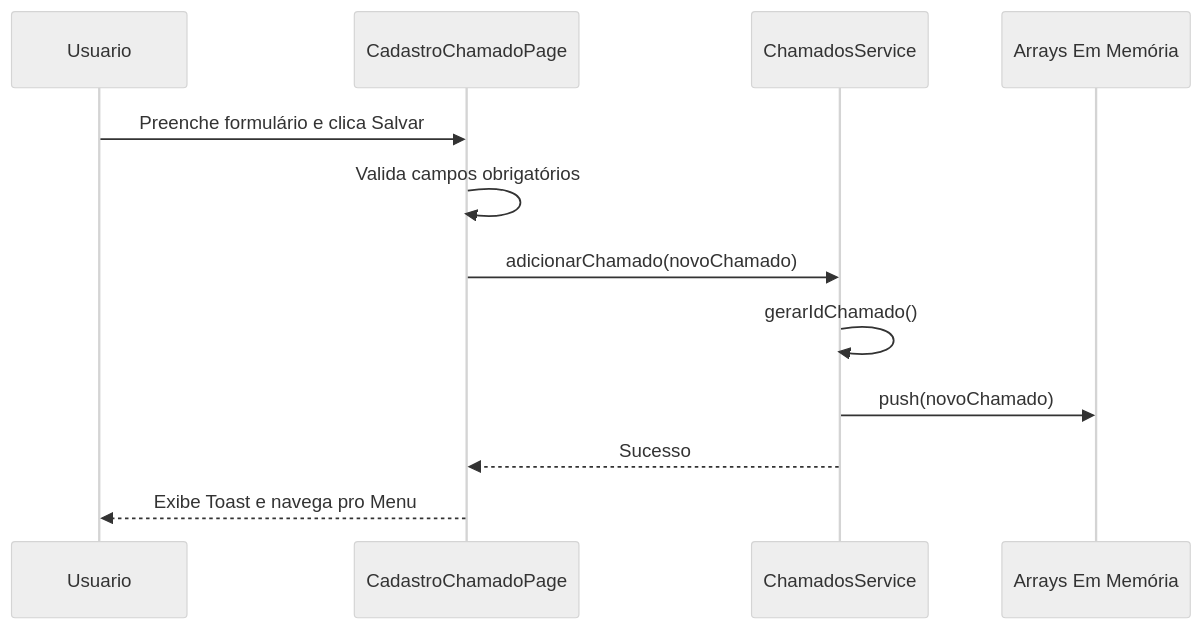
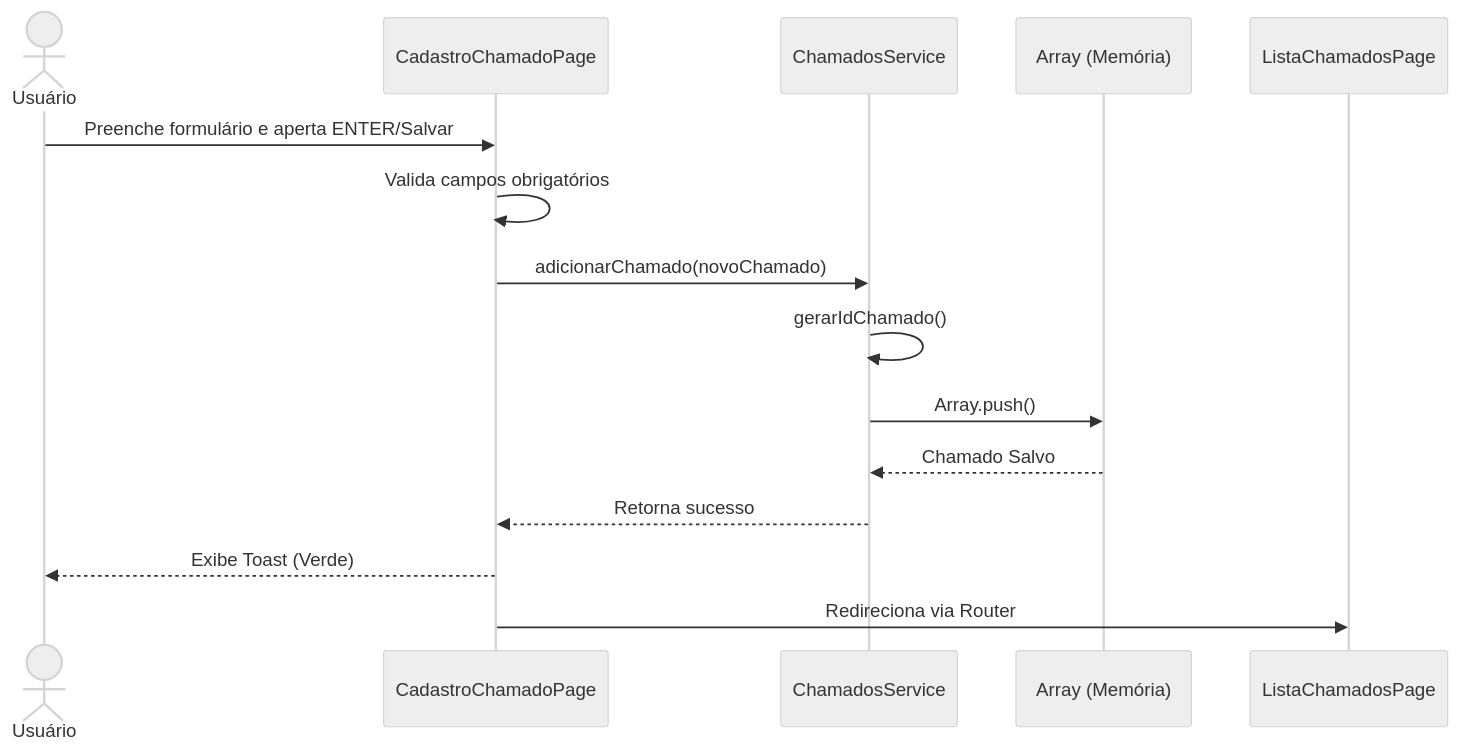
One commit to EduardoHenrrykSimonato/portfolio-2-claretiano changed the sixth of 6 diagrams in README.md. Above: the diagram before and after it, drawn with Mermaid (neutral theme). The commit also changed other lines of this file, not shown here.

Commit message:
Melhora diagramas Mermaid do README

````diff
--- a/README.md
+++ b/README.md
@@ -312,15 +382,18 @@
 ```mermaid
 sequenceDiagram
-    participant U as Usuario
-    participant P as CadastroChamadoPage
+    actor U as Usuário
+    participant C as CadastroChamadoPage
     participant S as ChamadosService
-    participant A as Arrays Em Memória
-    
-    U->>P: Preenche formulário e clica Salvar
-    P->>P: Valida campos obrigatórios
-    P->>S: adicionarChamado(novoChamado)
+    participant A as Array (Memória)
+    participant L as ListaChamadosPage
+
+    U->>C: Preenche formulário e aperta ENTER/Salvar
+    C->>C: Valida campos obrigatórios
+    C->>S: adicionarChamado(novoChamado)
     S->>S: gerarIdChamado()
-    S->>A: push(novoChamado)
-    S-->>P: Sucesso
-    P-->>U: Exibe Toast e navega pro Menu
+    S->>A: Array.push()
+    A-->>S: Chamado Salvo
+    S-->>C: Retorna sucesso
+    C-->>U: Exibe Toast (Verde)
+    C->>L: Redireciona via Router
 ```
````
